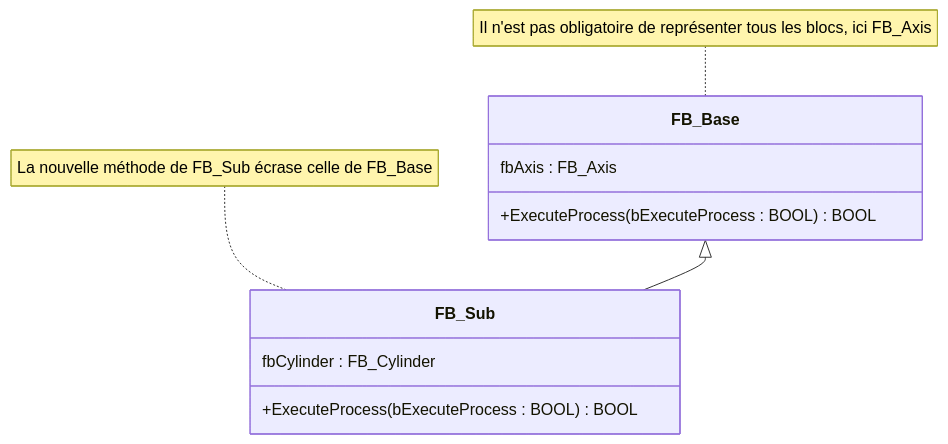
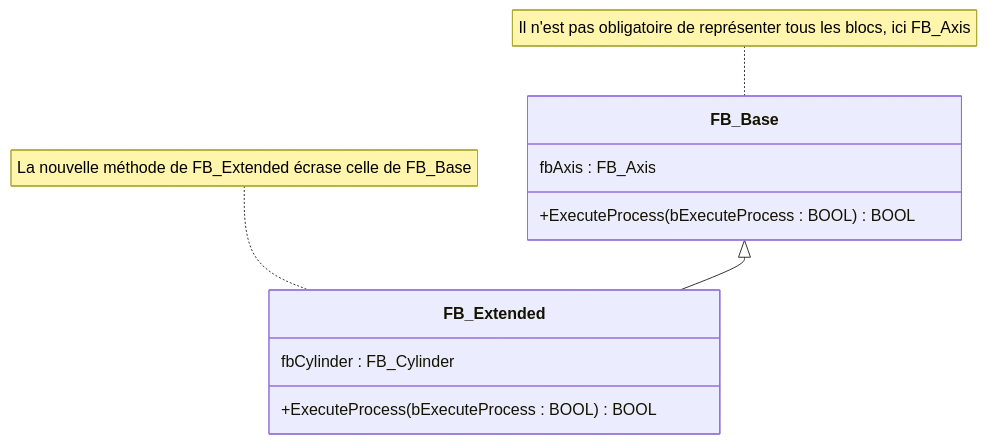
One commit to hei-synd-aaut/aaut-docs changed the fifth of 7 diagrams in AAut_MOD_04_IEC_61131_OOP_TOOLS/README.md. Above: the diagram before and after it, drawn with Mermaid. The commit also changed other lines of this file and 1 other file, not shown here.

````diff
--- a/AAut_MOD_04_IEC_61131_OOP_TOOLS/README.md
+++ b/AAut_MOD_04_IEC_61131_OOP_TOOLS/README.md
@@ -875,17 +897,17 @@
 ```mermaid
 classDiagram
     class FB_Base {
         fbAxis : FB_Axis
         +ExecuteProcess(bExecuteProcess : BOOL) BOOL
     }
     
-    class FB_Sub {
+    class FB_Extended {
         fbCylinder : FB_Cylinder
         +ExecuteProcess(bExecuteProcess : BOOL) BOOL
     }
 
-    FB_Base <|-- FB_Sub
+    FB_Base <|-- FB_Extended
 
-note for FB_Sub "La nouvelle méthode de FB_Sub écrase celle de FB_Base"
+note for FB_Extended "La nouvelle méthode de FB_Extended écrase celle de FB_Base"
 note for FB_Base "Il n'est pas obligatoire de représenter tous les blocs, ici FB_Axis"  
 ```
````
